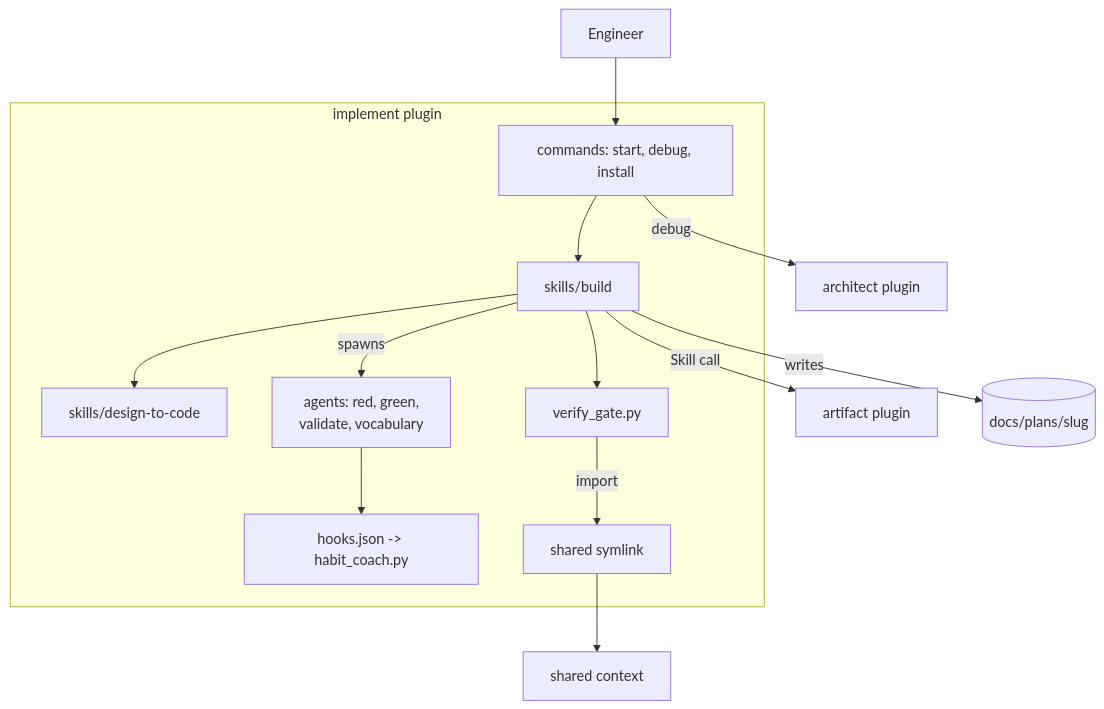
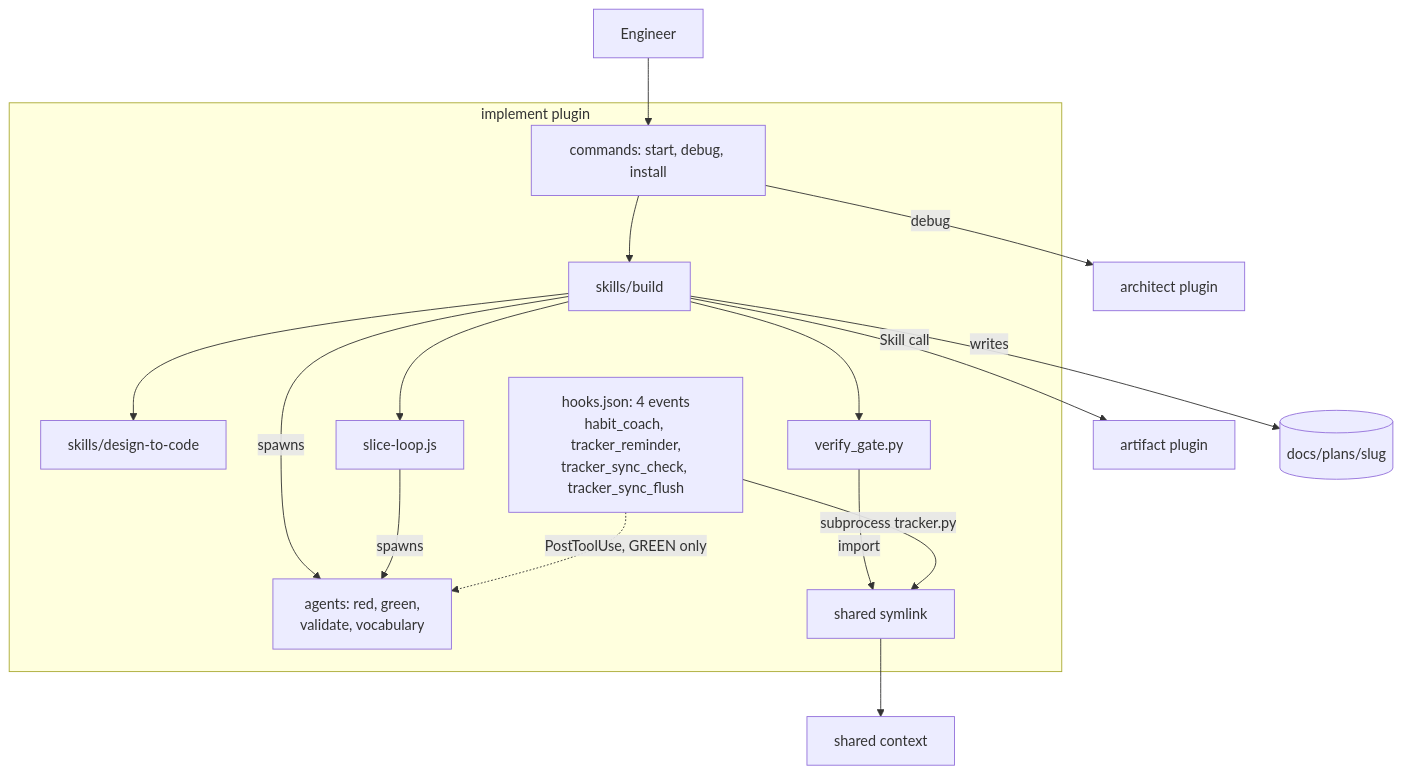
One commit to bjornslib/cobuilder-plugin changed the first of 2 diagrams in docs/architecture/contexts/implement/canvas.md. Above: the diagram before and after it, drawn with Mermaid. The commit also changed other lines of this file and 18 other files, not shown here.

````diff
--- a/docs/architecture/contexts/implement/canvas.md
+++ b/docs/architecture/contexts/implement/canvas.md
@@ -76,29 +81,33 @@
 ```mermaid
 flowchart TB
     eng["Engineer"]
     subgraph imp["implement plugin"]
         cmds["commands: start, debug, install"]
         build["skills/build"]
         d2c["skills/design-to-code"]
         agents["agents: red, green,<br/>validate, vocabulary"]
-        hook["hooks.json -> habit_coach.py"]
+        hook["hooks.json: 4 events<br/>habit_coach, tracker_reminder,<br/>tracker_sync_check, tracker_sync_flush"]
+        wf["slice-loop.js"]
         vg["verify_gate.py"]
         link["shared symlink"]
     end
     arch["architect plugin"]
     art["artifact plugin"]
     shared["shared context"]
     plans[("docs/plans/slug")]
 
     eng --> cmds
     cmds --> build
     cmds -->|debug| arch
     build --> d2c
     build -->|spawns| agents
+    build --> wf
+    wf -->|spawns| agents
     build --> vg
     build -->|Skill call| art
     vg -->|import| link
     link --> shared
     build -->|writes| plans
-    agents --> hook
+    hook -->|subprocess tracker.py| link
+    hook -.->|PostToolUse, GREEN only| agents
 ```
````
